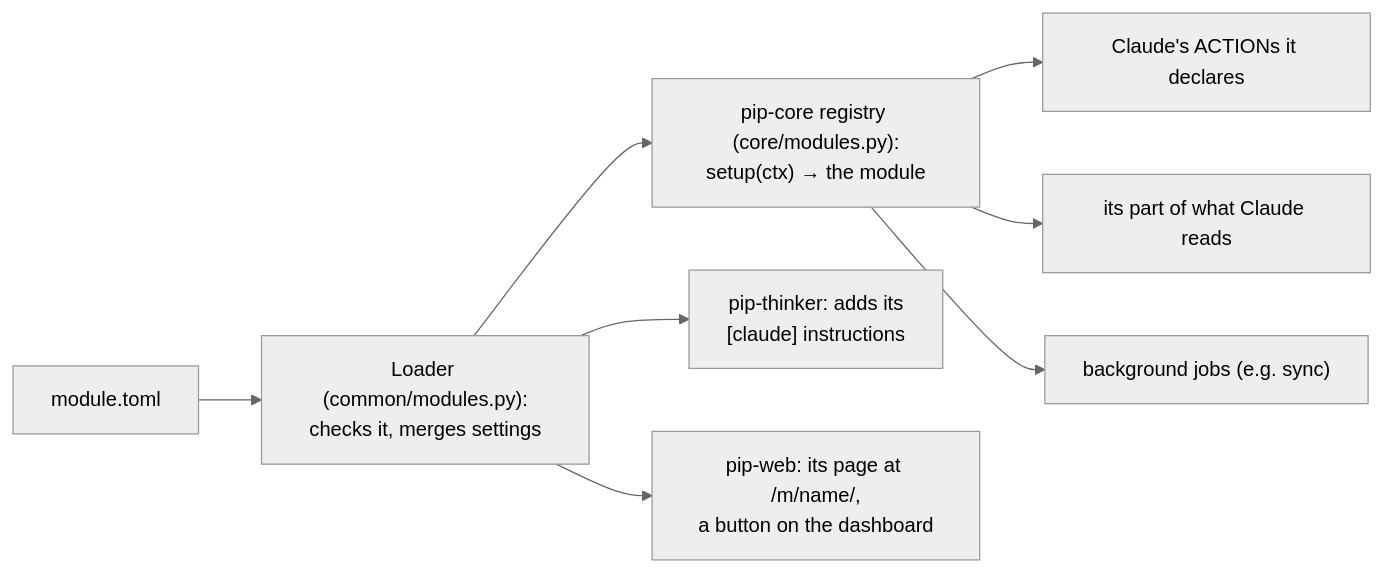
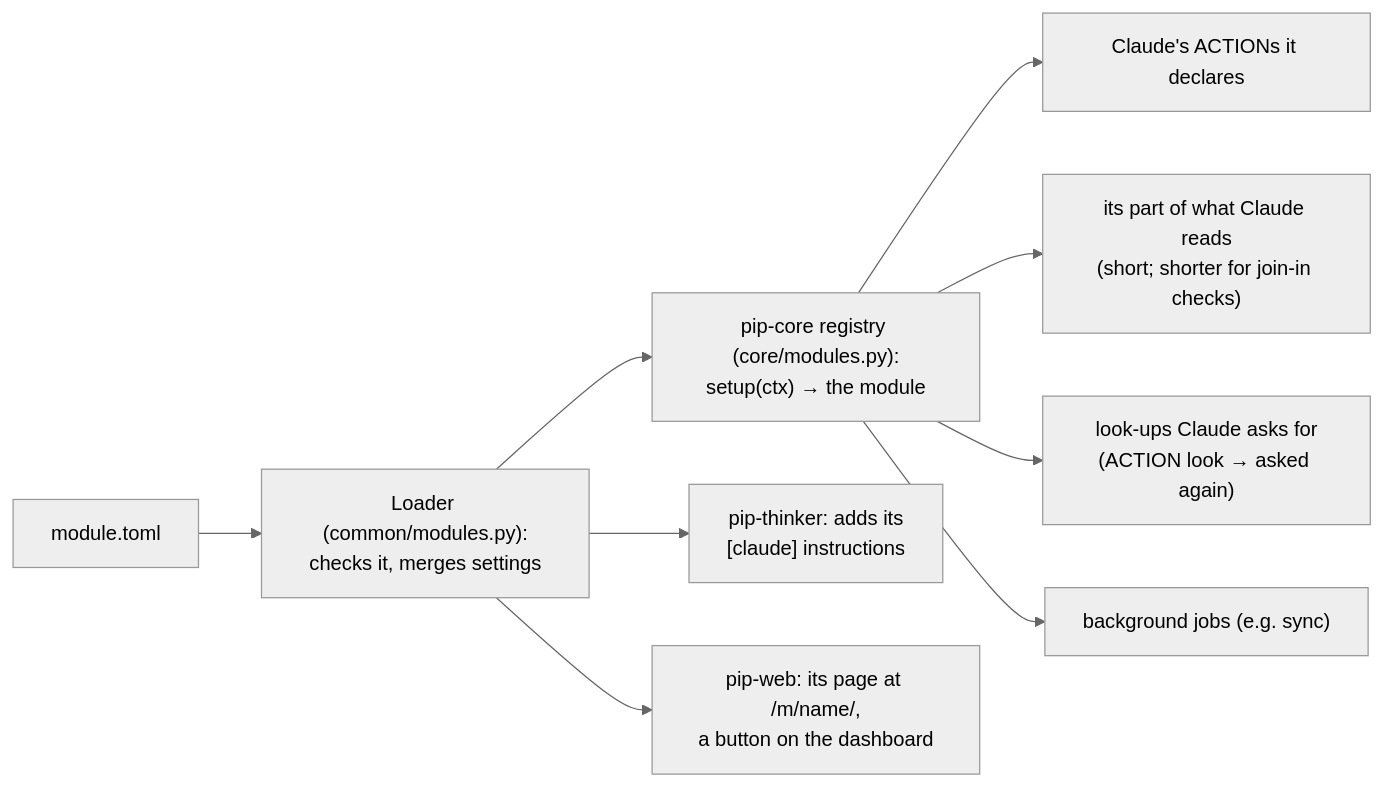
One commit to LandenHeine17/pip changed the fourth of 4 diagrams in docs/ARCHITECTURE.md. Above: the diagram before and after it, drawn with Mermaid (neutral theme). The commit also changed other lines of this file and 21 other files, not shown here.

First line of the commit message:
Calendar: short summary + look-ups (D-102), know/move/manage calendars (D-103), ignored calendars (D-104)

````diff
--- a/docs/ARCHITECTURE.md
+++ b/docs/ARCHITECTURE.md
@@ -186,10 +186,11 @@
 ```mermaid
 flowchart LR
     T["module.toml"] --> L["Loader (common/modules.py):<br/>checks it, merges settings"]
     L --> CORE["pip-core registry (core/modules.py):<br/>setup(ctx) → the module"]
     L --> TH["pip-thinker: adds its<br/>[claude] instructions"]
     L --> WEB["pip-web: its page at /m/name/,<br/>a button on the dashboard"]
     CORE --> A["Claude's ACTIONs it declares"]
-    CORE --> S["its part of what Claude reads"]
+    CORE --> S["its part of what Claude reads<br/>(short; shorter for join-in checks)"]
+    CORE --> LK["look-ups Claude asks for<br/>(ACTION look → asked again)"]
     CORE --> J["background jobs (e.g. sync)"]
 ```
````
